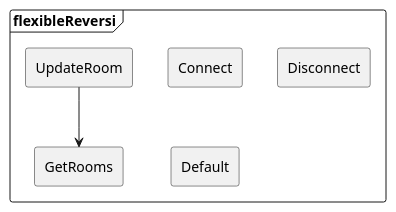
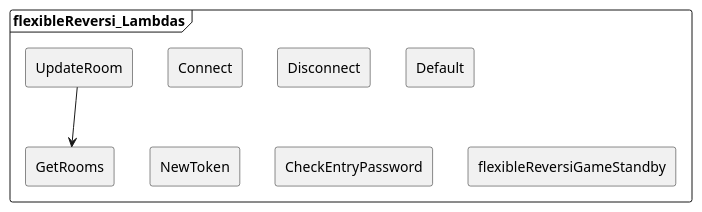
One commit to kusa-mochi/flexible-reversi changed the diagram in docs/lambda_relations.puml. Above: the diagram before and after it, drawn with PlantUML.

Commit message:
update component relation diagram.

```diff
--- a/docs/lambda_relations.puml
+++ b/docs/lambda_relations.puml
@@ -1,13 +1,16 @@
 @startuml lambda_relations
 
-frame flexibleReversi {
+frame flexibleReversi_Lambdas {
     agent Connect
     agent Disconnect
     agent Default
+    agent NewToken
     agent GetRooms
     agent UpdateRoom
+    agent CheckEntryPassword
+    agent flexibleReversiGameStandby
 
     UpdateRoom --> GetRooms
 }
 
 @enduml
```
